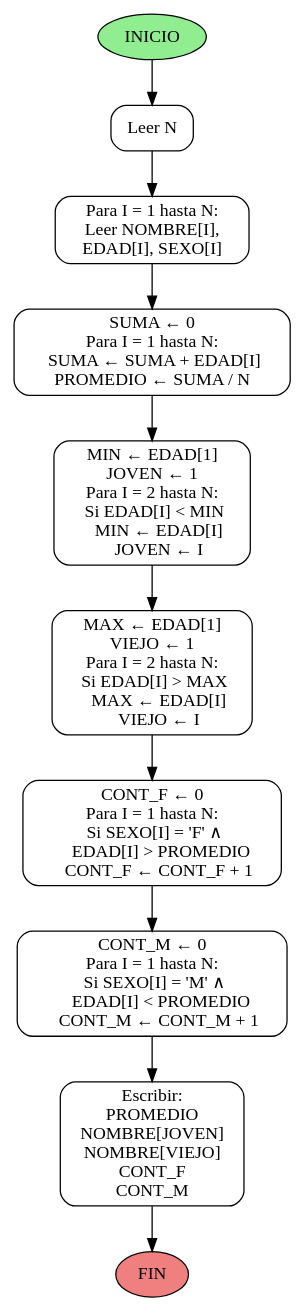
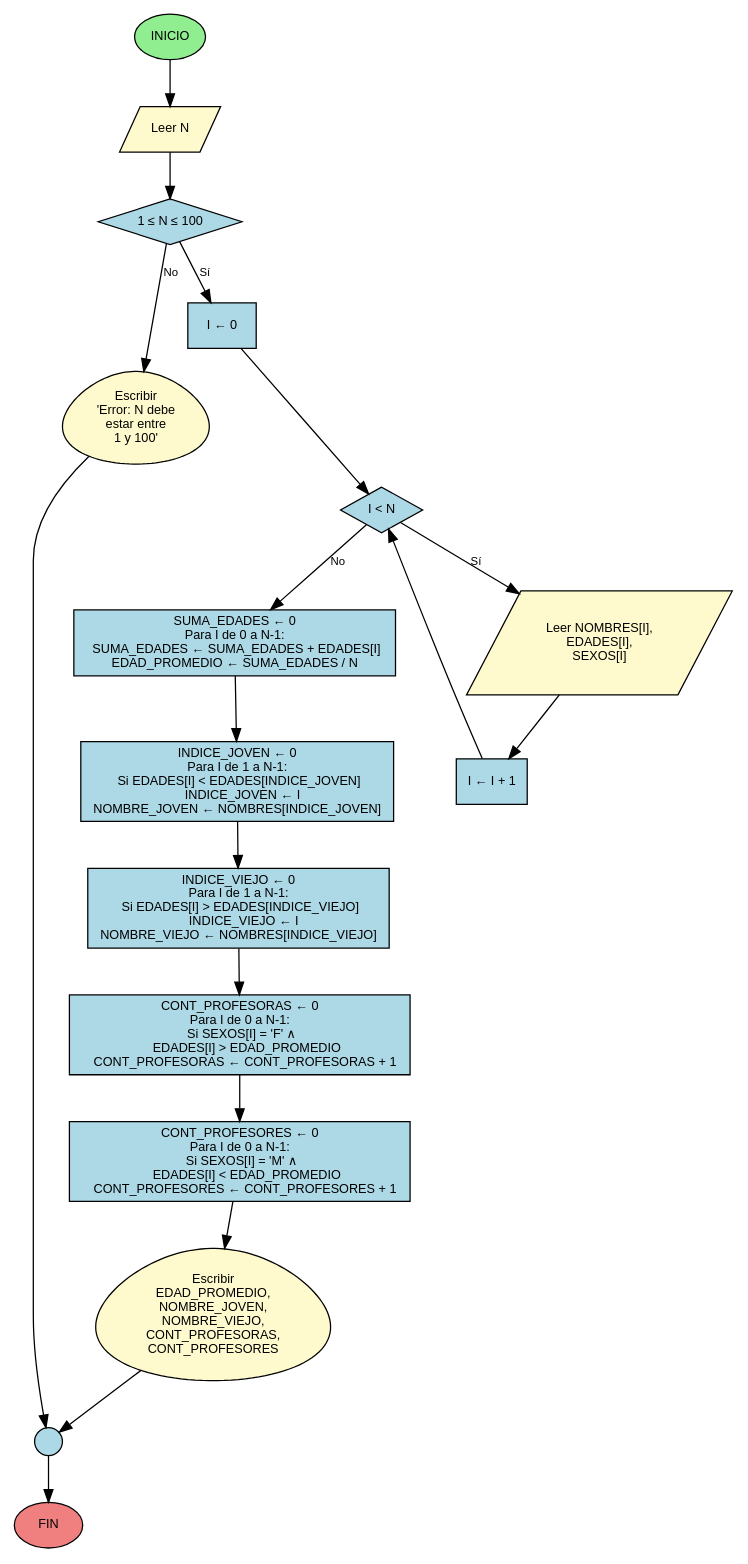
One commit to D1egoXD/JAVA-TICS changed the diagram in diagramas/problema_ps_5_6.dot. Above: the diagram before and after it, drawn with Graphviz. The commit also changed 3 other files, not shown here.

Commit message:
Actualizar PS 5.6 - Sistema de Personal Académico con diagrama simplificado

```diff
--- a/diagramas/problema_ps_5_6.dot
+++ b/diagramas/problema_ps_5_6.dot
@@ -1,33 +1,62 @@
-digraph problema_ps_5_6 {
+digraph PersonalAcademico {
     rankdir=TB;
-    node [shape=box, style=rounded];
+    node [shape=box, style=filled, fontname="Arial", fontsize=10];
+    edge [fontname="Arial", fontsize=9];
+
+    // Nodos principales
+    inicio [label="INICIO", shape=oval, fillcolor="#90EE90", color=black, fontcolor=black];
+    leerN [label="Leer N", shape=parallelogram, fillcolor="#FFFACD", color=black, fontcolor=black];
+    validarN [label="1 ≤ N ≤ 100", shape=diamond, fillcolor="#ADD8E6", color=black, fontcolor=black];
+    mensajeError [label="Escribir\n'Error: N debe\nestar entre\n1 y 100'", shape=egg, fillcolor="#FFFACD", color=black, fontcolor=black];
     
-    inicio [label="INICIO", shape=ellipse, style=filled, fillcolor=lightgreen];
-    leer_n [label="Leer N"];
+    // Lectura de datos (ciclo)
+    initI1 [label="I ← 0", shape=box, fillcolor="#ADD8E6", color=black, fontcolor=black];
+    decisionI1 [label="I < N", shape=diamond, fillcolor="#ADD8E6", color=black, fontcolor=black];
+    leerDatos [label="Leer NOMBRES[I],\nEDADES[I],\nSEXOS[I]", shape=parallelogram, fillcolor="#FFFACD", color=black, fontcolor=black];
+    incrementI1 [label="I ← I + 1", shape=box, fillcolor="#ADD8E6", color=black, fontcolor=black];
     
-    leer_datos [label="Para I = 1 hasta N:\nLeer NOMBRE[I],\nEDAD[I], SEXO[I]"];
+    // a) Calcular edad promedio
+    calcPromedio [label="SUMA_EDADES ← 0\nPara I de 0 a N-1:\n  SUMA_EDADES ← SUMA_EDADES + EDADES[I]\nEDAD_PROMEDIO ← SUMA_EDADES / N", shape=box, fillcolor="#ADD8E6", color=black, fontcolor=black];
     
-    calc_promedio [label="SUMA ← 0\nPara I = 1 hasta N:\n  SUMA ← SUMA + EDAD[I]\nPROMEDIO ← SUMA / N"];
+    // b) Encontrar profesor más joven
+    buscarJoven [label="INDICE_JOVEN ← 0\nPara I de 1 a N-1:\n  Si EDADES[I] < EDADES[INDICE_JOVEN]\n    INDICE_JOVEN ← I\nNOMBRE_JOVEN ← NOMBRES[INDICE_JOVEN]", shape=box, fillcolor="#ADD8E6", color=black, fontcolor=black];
     
-    buscar_joven [label="MIN ← EDAD[1]\nJOVEN ← 1\nPara I = 2 hasta N:\n  Si EDAD[I] < MIN\n    MIN ← EDAD[I]\n    JOVEN ← I"];
+    // c) Encontrar profesor de más edad
+    buscarViejo [label="INDICE_VIEJO ← 0\nPara I de 1 a N-1:\n  Si EDADES[I] > EDADES[INDICE_VIEJO]\n    INDICE_VIEJO ← I\nNOMBRE_VIEJO ← NOMBRES[INDICE_VIEJO]", shape=box, fillcolor="#ADD8E6", color=black, fontcolor=black];
     
-    buscar_viejo [label="MAX ← EDAD[1]\nVIEJO ← 1\nPara I = 2 hasta N:\n  Si EDAD[I] > MAX\n    MAX ← EDAD[I]\n    VIEJO ← I"];
+    // d) Contar profesoras con edad mayor al promedio
+    contarProfesoras [label="CONT_PROFESORAS ← 0\nPara I de 0 a N-1:\n  Si SEXOS[I] = 'F' ∧\n     EDADES[I] > EDAD_PROMEDIO\n    CONT_PROFESORAS ← CONT_PROFESORAS + 1", shape=box, fillcolor="#ADD8E6", color=black, fontcolor=black];
     
-    contar_f [label="CONT_F ← 0\nPara I = 1 hasta N:\n  Si SEXO[I] = 'F' ∧\n     EDAD[I] > PROMEDIO\n    CONT_F ← CONT_F + 1"];
+    // e) Contar profesores con edad menor al promedio
+    contarProfesores [label="CONT_PROFESORES ← 0\nPara I de 0 a N-1:\n  Si SEXOS[I] = 'M' ∧\n     EDADES[I] < EDAD_PROMEDIO\n    CONT_PROFESORES ← CONT_PROFESORES + 1", shape=box, fillcolor="#ADD8E6", color=black, fontcolor=black];
     
-    contar_m [label="CONT_M ← 0\nPara I = 1 hasta N:\n  Si SEXO[I] = 'M' ∧\n     EDAD[I] < PROMEDIO\n    CONT_M ← CONT_M + 1"];
+    // Salida
+    escribirResultados [label="Escribir\nEDAD_PROMEDIO,\nNOMBRE_JOVEN,\nNOMBRE_VIEJO,\nCONT_PROFESORAS,\nCONT_PROFESORES", shape=egg, fillcolor="#FFFACD", color=black, fontcolor=black];
+    conector [label="", shape=circle, width=0.3, height=0.3, fillcolor="#ADD8E6", color=black];
+    fin [label="FIN", shape=oval, fillcolor="#F08080", color=black, fontcolor=black];
     
-    imprimir [label="Escribir:\nPROMEDIO\nNOMBRE[JOVEN]\nNOMBRE[VIEJO]\nCONT_F\nCONT_M"];
+    // Conexiones principales
+    inicio -> leerN;
+    leerN -> validarN;
+    validarN -> initI1 [label="Sí"];
+    validarN -> mensajeError [label="No"];
     
-    fin [label="FIN", shape=ellipse, style=filled, fillcolor=lightcoral];
+    // Ciclo de lectura
+    initI1 -> decisionI1;
+    decisionI1 -> leerDatos [label="Sí"];
+    decisionI1 -> calcPromedio [label="No"];
+    leerDatos -> incrementI1;
+    incrementI1 -> decisionI1;
     
-    inicio -> leer_n;
-    leer_n -> leer_datos;
-    leer_datos -> calc_promedio;
-    calc_promedio -> buscar_joven;
-    buscar_joven -> buscar_viejo;
-    buscar_viejo -> contar_f;
-    contar_f -> contar_m;
-    contar_m -> imprimir;
-    imprimir -> fin;
+    // Procesamiento secuencial
+    calcPromedio -> buscarJoven;
+    buscarJoven -> buscarViejo;
+    buscarViejo -> contarProfesoras;
+    contarProfesoras -> contarProfesores;
+    contarProfesores -> escribirResultados;
+    
+    // Fin
+    escribirResultados -> conector;
+    mensajeError -> conector;
+    conector -> fin;
 }
```
